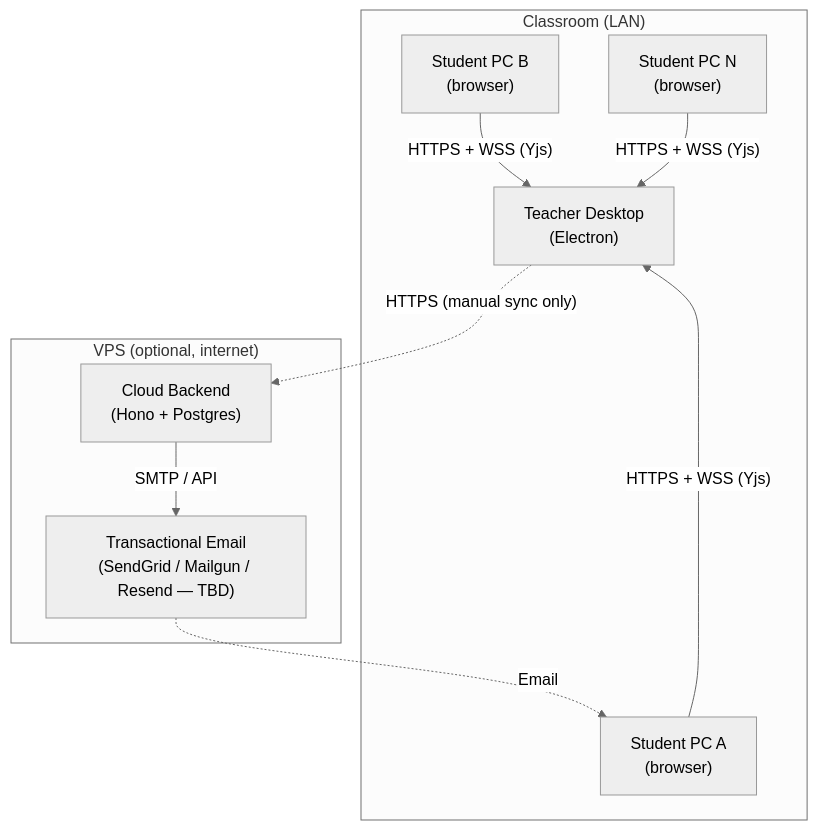
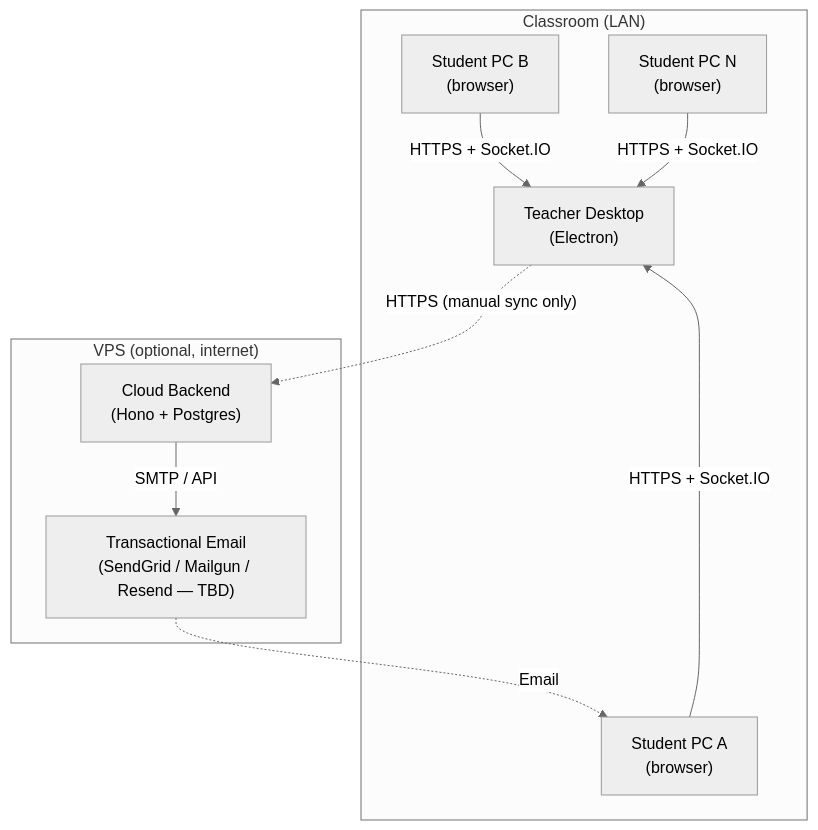
The first of 7 diagrams in docs/architecture.md (Eliezir/OfflineClass), drawn with Mermaid (neutral theme) before and after one commit. The commit also changed other lines of this file, not shown here.

Commit message:
Update architecture.md replace wss for socketio

````diff
--- a/docs/architecture.md
+++ b/docs/architecture.md
@@ -36,22 +36,22 @@
 ```mermaid
 graph TD
   subgraph Classroom["Classroom (LAN)"]
     Desktop["Teacher Desktop<br/>(Electron)"]
     StudentA["Student PC A<br/>(browser)"]
     StudentB["Student PC B<br/>(browser)"]
     StudentN["Student PC N<br/>(browser)"]
   end
 
   subgraph VPS["VPS (optional, internet)"]
     Cloud["Cloud Backend<br/>(Hono + Postgres)"]
     Email["Transactional Email<br/>(SendGrid / Mailgun / Resend — TBD)"]
   end
 
-  StudentA -- "HTTPS + WSS (Yjs)" --> Desktop
-  StudentB -- "HTTPS + WSS (Yjs)" --> Desktop
-  StudentN -- "HTTPS + WSS (Yjs)" --> Desktop
+  StudentA -- "HTTPS + Socket.IO" --> Desktop
+  StudentB -- "HTTPS + Socket.IO" --> Desktop
+  StudentN -- "HTTPS + Socket.IO" --> Desktop
 
   Desktop -. "HTTPS (manual sync only)" .-> Cloud
   Cloud -- "SMTP / API" --> Email
   Email -. "Email" .-> StudentA
 ```
````
